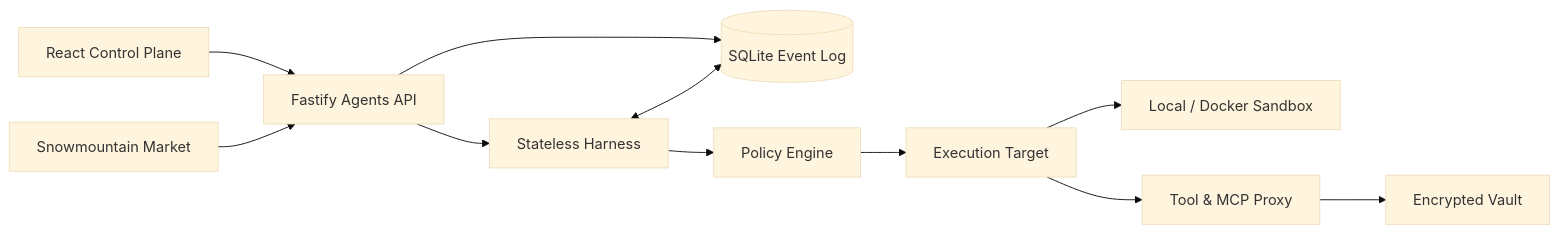
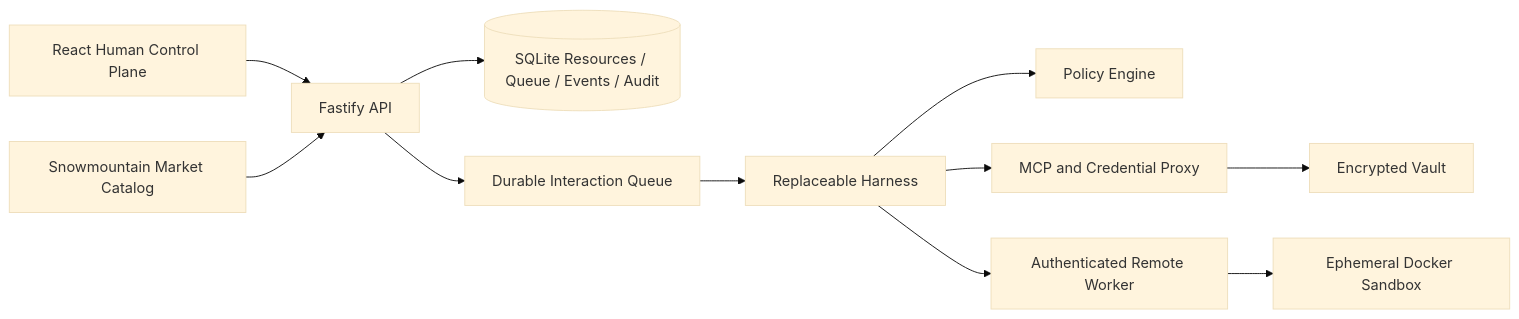
One commit to Xiamu-ssr/snowmountain-ark changed the diagram in README.md. Above: the diagram before and after it, drawn with Mermaid (base theme). The commit also changed other lines of this file and 45 other files, not shown here.

Commit message:
productionize managed agents control plane

````diff
--- a/README.md
+++ b/README.md
@@ -24,13 +27,13 @@
 ```mermaid
 flowchart LR
-    UI[React Control Plane] --> API[Fastify Agents API]
-    API --> DB[(SQLite Event Log)]
-    API --> H[Stateless Harness]
-    H <--> DB
+    UI[React Human Control Plane] --> API[Fastify API]
+    API --> DB[(SQLite Resources / Queue / Events / Audit)]
+    API --> Q[Durable Interaction Queue]
+    Q --> H[Replaceable Harness]
     H --> P[Policy Engine]
-    P --> X[Execution Target]
-    X --> S[Local / Docker Sandbox]
-    X --> TP[Tool & MCP Proxy]
-    TP --> V[Encrypted Vault]
-    M[Snowmountain Market] --> API
+    H --> MP[MCP and Credential Proxy]
+    MP --> V[Encrypted Vault]
+    H --> RW[Authenticated Remote Worker]
+    RW --> S[Ephemeral Docker Sandbox]
+    M[Snowmountain Market Catalog] --> API
 ```
````
